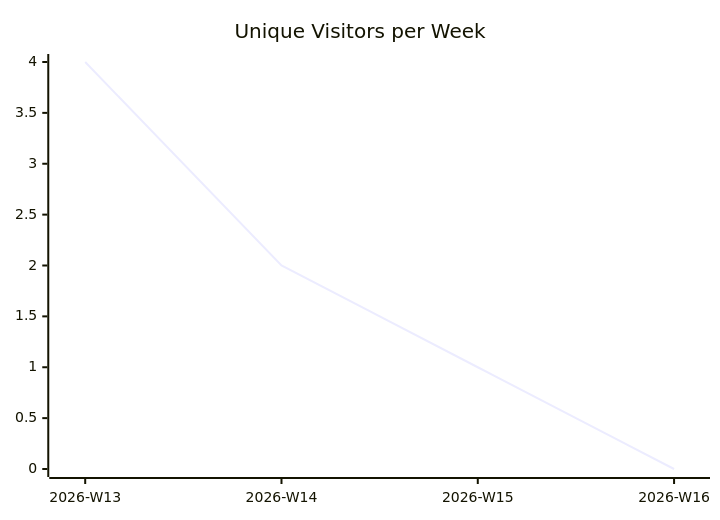
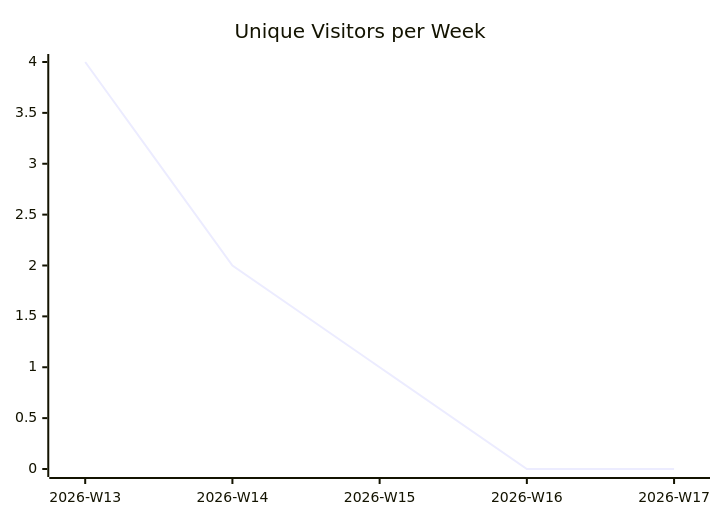
Before and after one commit to justdavis-family/github-analytics-data: the first of 3 diagrams in karlmdavis/xmlpull/README.md, drawn with Mermaid. The commit also changed other lines of this file and 192 other files, not shown here.

````diff
--- a/karlmdavis/xmlpull/README.md
+++ b/karlmdavis/xmlpull/README.md
@@ -5,6 +5,6 @@
 ```mermaid
 xychart-beta
   title "Unique Visitors per Week"
-  x-axis ["2026-W13", "2026-W14", "2026-W15", "2026-W16"]
-  line [4, 2, 1, 0]
+  x-axis ["2026-W13", "2026-W14", "2026-W15", "2026-W16", "2026-W17"]
+  line [4, 2, 1, 0, 0]
 ```
````
